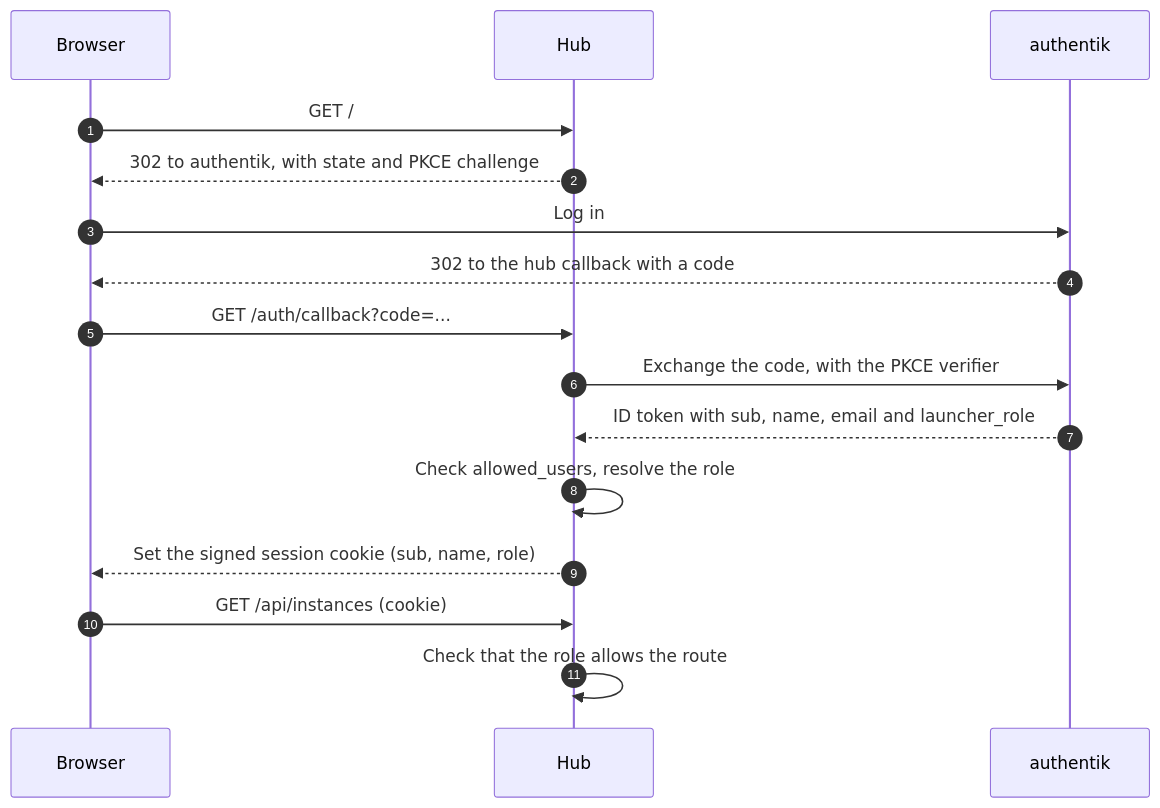
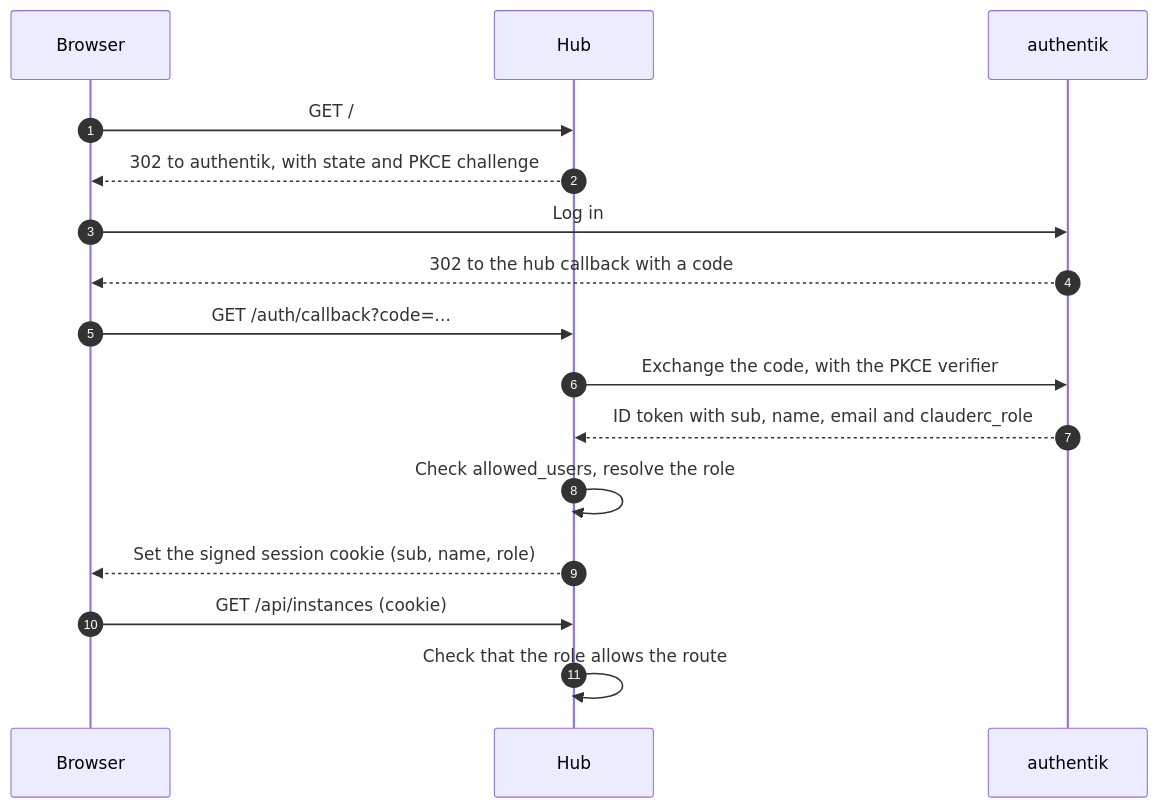
Before and after one commit to kbirger/claude-rc-launcher: the second of 5 diagrams in docs/auth-architecture.md, drawn with Mermaid. The commit also changed other lines of this file and 13 other files, not shown here.

Commit message:
refactor: name the role claim clauderc_role and the scope clauderc

````diff
--- a/docs/auth-architecture.md
+++ b/docs/auth-architecture.md
@@ -64,18 +64,18 @@
 ```mermaid
 sequenceDiagram
   autonumber
   participant U as Browser
   participant H as Hub
   participant A as authentik
   U->>H: GET /
   H-->>U: 302 to authentik, with state and PKCE challenge
   U->>A: Log in
   A-->>U: 302 to the hub callback with a code
   U->>H: GET /auth/callback?code=...
   H->>A: Exchange the code, with the PKCE verifier
-  A-->>H: ID token with sub, name, email and launcher_role
+  A-->>H: ID token with sub, name, email and clauderc_role
   H->>H: Check allowed_users, resolve the role
   H-->>U: Set the signed session cookie (sub, name, role)
   U->>H: GET /api/instances (cookie)
   H->>H: Check that the role allows the route
 ```
````
